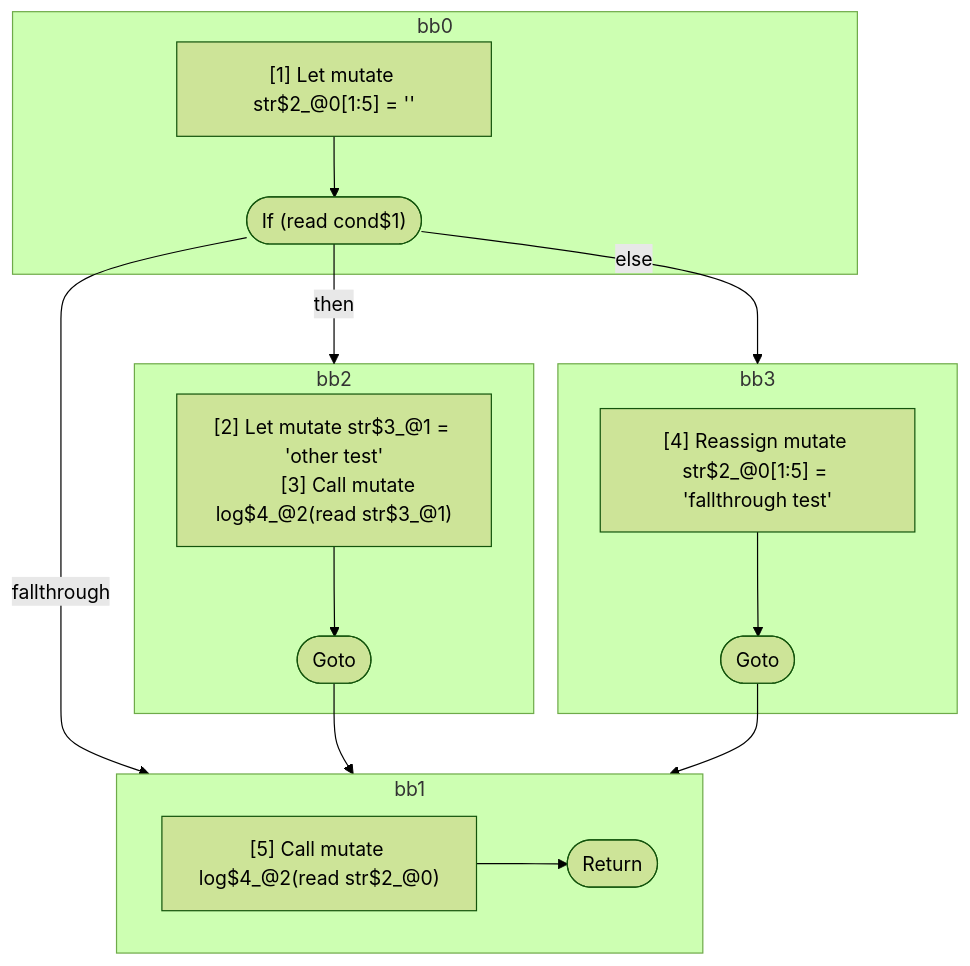
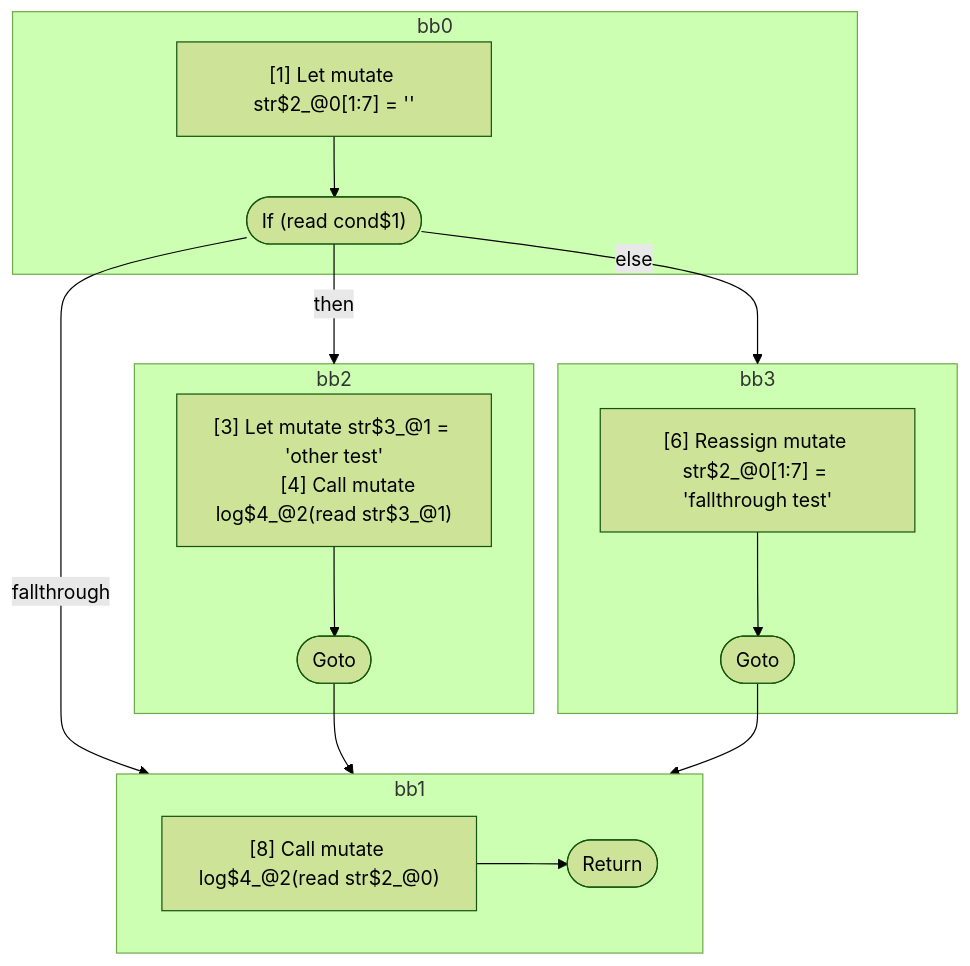
Before and after one commit to wutsmog/private: the second of 2 diagrams in compiler/forget/src/__tests__/fixtures/hir/ssa-shadowing.expect.md, drawn with Mermaid (forest theme). The commit also changed other lines of this file and 61 other files, not shown here.

````diff
--- a/compiler/forget/src/__tests__/fixtures/hir/ssa-shadowing.expect.md
+++ b/compiler/forget/src/__tests__/fixtures/hir/ssa-shadowing.expect.md
@@ -71,37 +71,37 @@
 ```mermaid
 flowchart TB
   %% Basic Blocks
   subgraph bb0
     bb0_instrs["
-      [1] Let mutate str$2_@0[1:5] = ''
+      [1] Let mutate str$2_@0[1:7] = ''
     "]
     bb0_instrs --> bb0_terminal(["If (read cond$1)"])
   end
   subgraph bb2
     bb2_instrs["
-      [2] Let mutate str$3_@1 = 'other test'
-      [3] Call mutate log$4_@2(read str$3_@1)
+      [3] Let mutate str$3_@1 = 'other test'
+      [4] Call mutate log$4_@2(read str$3_@1)
     "]
     bb2_instrs --> bb2_terminal(["Goto"])
   end
   subgraph bb3
     bb3_instrs["
-      [4] Reassign mutate str$2_@0[1:5] = 'fallthrough test'
+      [6] Reassign mutate str$2_@0[1:7] = 'fallthrough test'
     "]
     bb3_instrs --> bb3_terminal(["Goto"])
   end
   subgraph bb1
     bb1_instrs["
-      [5] Call mutate log$4_@2(read str$2_@0)
+      [8] Call mutate log$4_@2(read str$2_@0)
     "]
     bb1_instrs --> bb1_terminal(["Return"])
   end
 
   %% Jumps
   bb0_terminal -- "then" --> bb2
   bb0_terminal -- "else" --> bb3
   bb0_terminal -- "fallthrough" --> bb1
   bb2_terminal --> bb1
   bb3_terminal --> bb1
 
 ```
````
